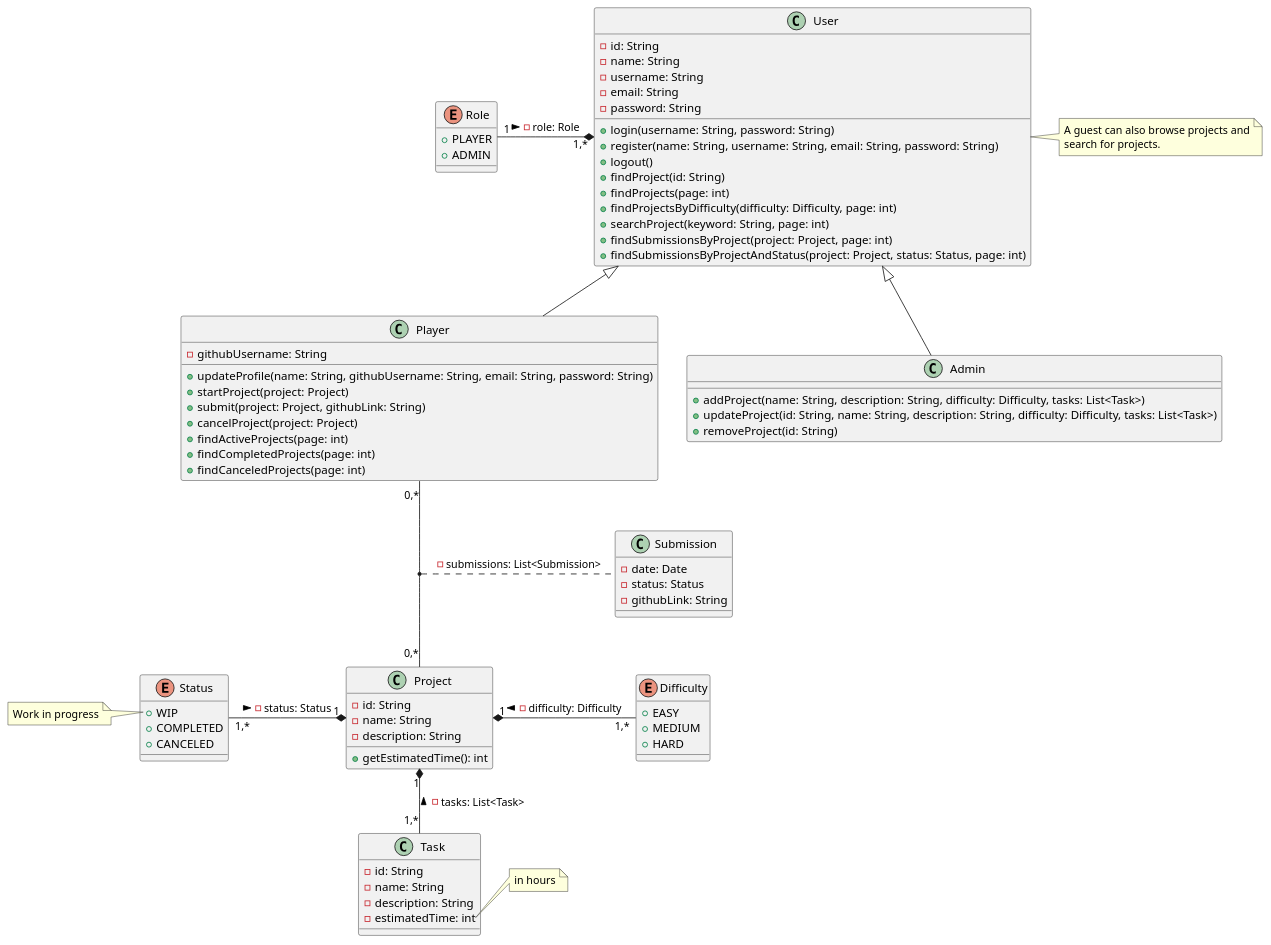
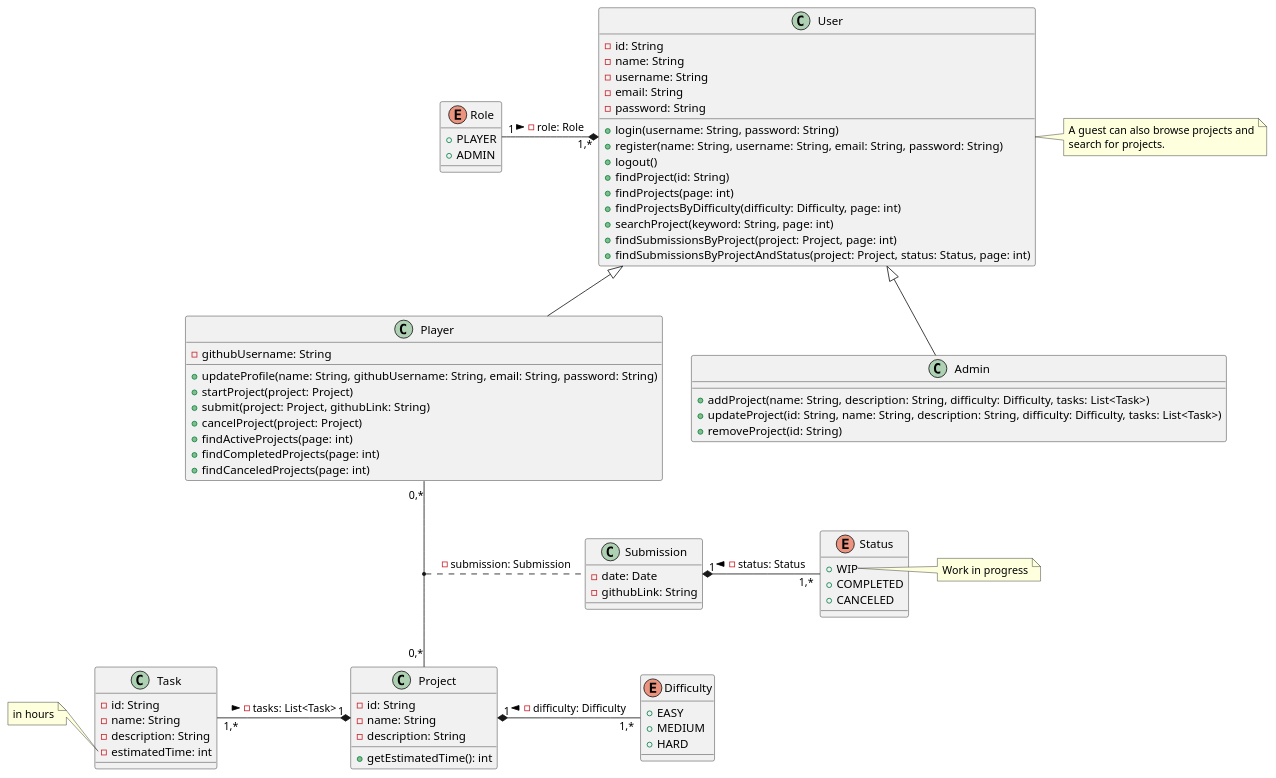
Before and after one commit to aymenBenadra/DevQuests-Fil-Rouge: the diagram in UML Diagrams/class-diagram.puml, drawn with PlantUML. The commit also changed 80 other files, not shown here.

```diff
--- a/UML Diagrams/class-diagram.puml
+++ b/UML Diagrams/class-diagram.puml
@@ -1,99 +1,97 @@
 @startuml
 'https://plantuml.com/class-diagram
 'skinparam lineType ortho
 
 class Project {
     -id: String
     -name: String
     -description: String
     +getEstimatedTime(): int
 }
 
 class Task {
     -id: String
     -name: String
     -description: String
     -estimatedTime: int
 }
 
-note right of Task::estimatedTime
+note left of Task::estimatedTime
     in hours
 end note
 
 enum Difficulty {
     +EASY
     +MEDIUM
     +HARD
 }
 
 class Submission {
     -date: Date
-    -status: Status
     -githubLink: String
 }
 
 enum Status {
     +WIP
     +COMPLETED
     +CANCELED
 }
 
-note left of Status::WIP
+note right of Status::WIP
     Work in progress
 end note
 
 class User {
     -id: String
     -name: String
     -username: String
     -email: String
     -password: String
 
     +login(username: String, password: String)
     +register(name: String, username: String, email: String, password: String)
     +logout()
     +findProject(id: String)
     +findProjects(page: int)
     +findProjectsByDifficulty(difficulty: Difficulty, page: int)
     +searchProject(keyword: String, page: int)
     +findSubmissionsByProject(project: Project, page: int)
     +findSubmissionsByProjectAndStatus(project: Project, status: Status, page: int)
 }
 
 enum Role {
     +PLAYER
     +ADMIN
 }
 
 note right of User
     A guest can also browse projects and
     search for projects.
 end note
 
 class Player extends User {
     -githubUsername: String
 
     +updateProfile(name: String, githubUsername: String, email: String, password: String)
     +startProject(project: Project)
     +submit(project: Project, githubLink: String)
     +cancelProject(project: Project)
     +findActiveProjects(page: int)
     +findCompletedProjects(page: int)
     +findCanceledProjects(page: int)
 }
 
 class Admin extends User {
     +addProject(name: String, description: String, difficulty: Difficulty, tasks: List<Task>)
     +updateProject(id: String, name: String, description: String, difficulty: Difficulty, tasks: List<Task>)
     +removeProject(id: String)
 }
 
-Project "1" *-- "1,*" Task: - tasks: List<Task> <
-Project "1" *-l- "1,*" Status: - status: Status <
+Project "1" *-l- "1,*" Task: - tasks: List<Task> <
+Submission "1" *-r- "1,*" Status: - status: Status <
 Project "1" *-r- "1,*" Difficulty: - difficulty: Difficulty <
 User "1,*" *-l- "1" Role: - role: Role <
 Player "0,*" -- "0,*" Project
-(Player, Project) .. Submission: - submissions: List<Submission>
-
+(Player, Project) .. Submission: - submission: Submission
 
 @enduml
```
